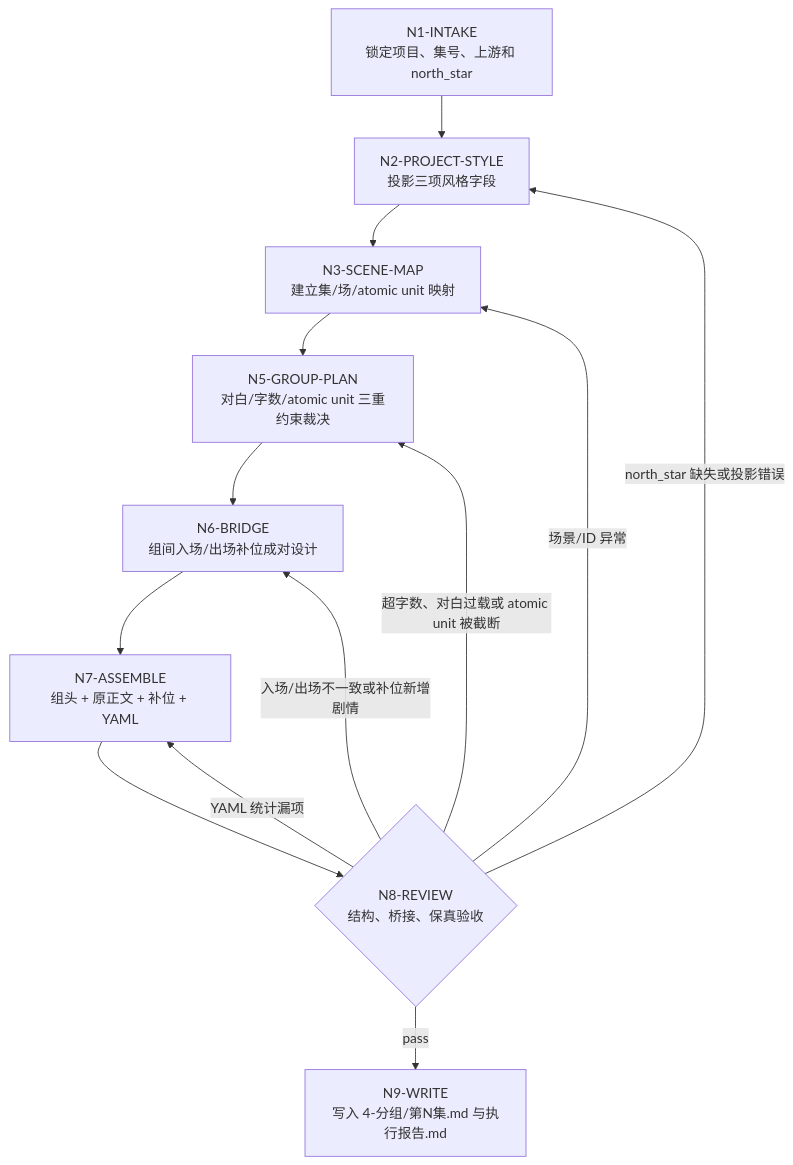
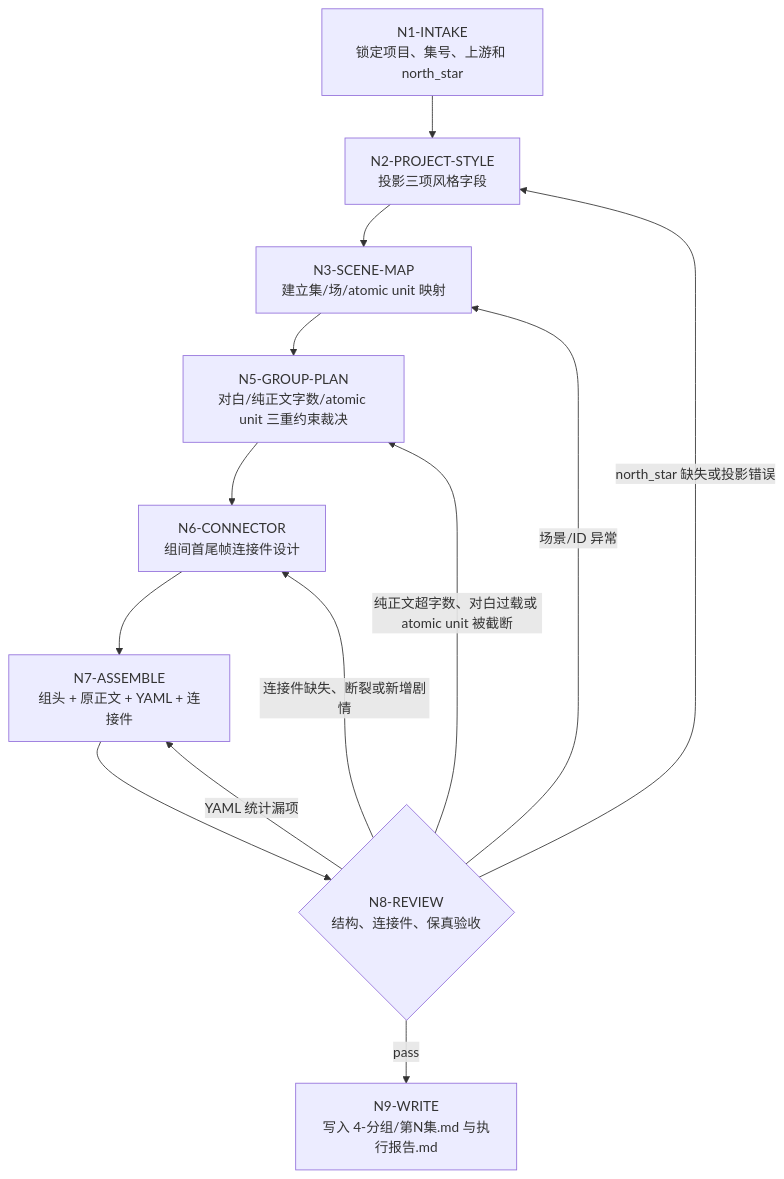
The first of 3 diagrams in .agents/skills/aigc/4-分组/steps/grouping-workflow.md (ZEN-VOID/AI-CUT), drawn with Mermaid before and after one commit. The commit also changed other lines of this file and 85 other files, not shown here.

````diff
--- a/.agents/skills/aigc/4-分组/steps/grouping-workflow.md
+++ b/.agents/skills/aigc/4-分组/steps/grouping-workflow.md
@@ -19,15 +19,15 @@
 ```mermaid
 flowchart TD
     N1["N1-INTAKE<br/>锁定项目、集号、上游和 north_star"] --> N2["N2-PROJECT-STYLE<br/>投影三项风格字段"]
     N2 --> N3["N3-SCENE-MAP<br/>建立集/场/atomic unit 映射"]
-    N3 --> N5["N5-GROUP-PLAN<br/>对白/字数/atomic unit 三重约束裁决"]
-    N5 --> N6["N6-BRIDGE<br/>组间入场/出场补位成对设计"]
-    N6 --> N7["N7-ASSEMBLE<br/>组头 + 原正文 + 补位 + YAML"]
-    N7 --> N8{"N8-REVIEW<br/>结构、桥接、保真验收"}
+    N3 --> N5["N5-GROUP-PLAN<br/>对白/纯正文字数/atomic unit 三重约束裁决"]
+    N5 --> N6["N6-CONNECTOR<br/>组间首尾帧连接件设计"]
+    N6 --> N7["N7-ASSEMBLE<br/>组头 + 原正文 + YAML + 连接件"]
+    N7 --> N8{"N8-REVIEW<br/>结构、连接件、保真验收"}
     N8 -->|"pass"| N9["N9-WRITE<br/>写入 4-分组/第N集.md 与执行报告.md"]
     N8 -->|"north_star 缺失或投影错误"| N2
     N8 -->|"场景/ID 异常"| N3
-    N8 -->|"超字数、对白过载或 atomic unit 被截断"| N5
-    N8 -->|"入场/出场不一致或补位新增剧情"| N6
+    N8 -->|"纯正文超字数、对白过载或 atomic unit 被截断"| N5
+    N8 -->|"连接件缺失、断裂或新增剧情"| N6
     N8 -->|"YAML 统计漏项"| N7
 ```
````
